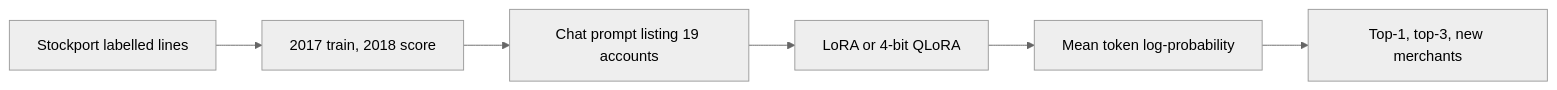
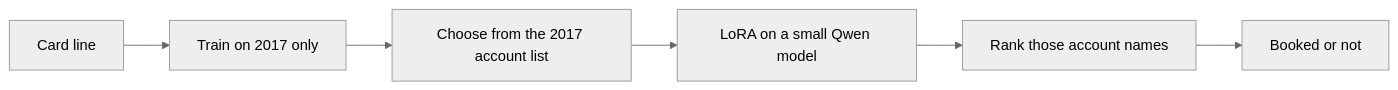
One commit to VijayChamakuri/gl-coding-lora changed the diagram in README.md. Above: the diagram before and after it, drawn with Mermaid (neutral theme). The commit also changed other lines of this file and 16 other files, not shown here.

````diff
--- a/README.md
+++ b/README.md
@@ -46,10 +32,8 @@
 ```mermaid
 flowchart LR
-  lines[Stockport labelled lines]
-  split[2017 train, 2018 score]
-  prompt[Chat prompt listing 19 accounts]
-  adapt[LoRA or 4-bit QLoRA]
-  rank[Mean token log-probability]
-  metrics[Top-1, top-3, new merchants]
-  lines --> split --> prompt --> adapt --> rank --> metrics
+  cards[Card line] --> split[Train on 2017 only]
+  split --> ask[Choose from the 2017 account list]
+  ask --> adapt[LoRA on a small Qwen model]
+  adapt --> rank[Rank those account names]
+  rank --> out[Booked or not]
 ```
````
